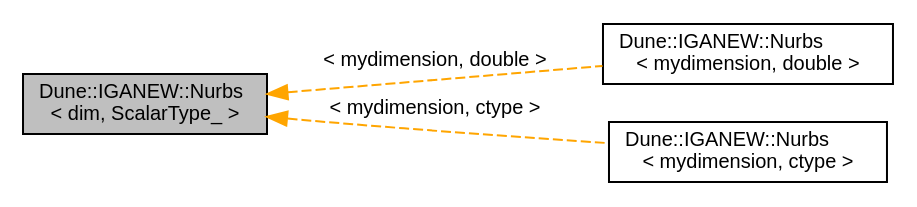
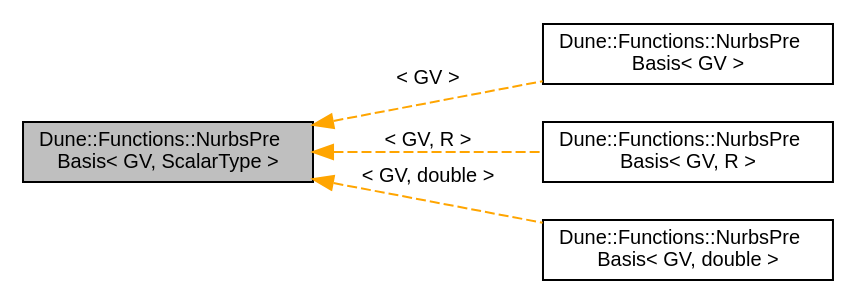
One commit to rath3t/dune-iga-doc changed the diagram in d3/de1/a01111.dot. Above: the diagram before and after it, drawn with Graphviz. The commit also changed 602 other files, not shown here.

```diff
--- a/d3/de1/a01111.dot
+++ b/d3/de1/a01111.dot
@@ -1,12 +1,14 @@
-digraph "Dune::IGANEW::Nurbs&lt; dim, ScalarType_ &gt;"
+digraph "Dune::Functions::NurbsPreBasis&lt; GV, ScalarType &gt;"
 {
  // LATEX_PDF_SIZE
   edge [fontname="Helvetica",fontsize="10",labelfontname="Helvetica",labelfontsize="10"];
   node [fontname="Helvetica",fontsize="10",shape=record];
   rankdir="LR";
-  Node1 [label="Dune::IGANEW::Nurbs\l\< dim, ScalarType_ \>",height=0.2,width=0.4,color="black", fillcolor="grey75", style="filled", fontcolor="black",tooltip="A dim dimensional NURBS function."];
-  Node1 -> Node2 [dir="back",color="orange",fontsize="10",style="dashed",label=" \< mydimension, double \>" ,fontname="Helvetica"];
-  Node2 [label="Dune::IGANEW::Nurbs\l\< mydimension, double \>",height=0.2,width=0.4,color="black", fillcolor="white", style="filled",URL="$d0/d39/a01112.html",tooltip=" "];
-  Node1 -> Node3 [dir="back",color="orange",fontsize="10",style="dashed",label=" \< mydimension, ctype \>" ,fontname="Helvetica"];
-  Node3 [label="Dune::IGANEW::Nurbs\l\< mydimension, ctype \>",height=0.2,width=0.4,color="black", fillcolor="white", style="filled",URL="$d0/d39/a01112.html",tooltip=" "];
+  Node1 [label="Dune::Functions::NurbsPre\lBasis\< GV, ScalarType \>",height=0.2,width=0.4,color="black", fillcolor="grey75", style="filled", fontcolor="black",tooltip="Pre-basis for B-spline basis."];
+  Node1 -> Node2 [dir="back",color="orange",fontsize="10",style="dashed",label=" \< GV \>" ,fontname="Helvetica"];
+  Node2 [label="Dune::Functions::NurbsPre\lBasis\< GV \>",height=0.2,width=0.4,color="black", fillcolor="white", style="filled",URL="$d0/d39/a01112.html",tooltip=" "];
+  Node1 -> Node3 [dir="back",color="orange",fontsize="10",style="dashed",label=" \< GV, R \>" ,fontname="Helvetica"];
+  Node3 [label="Dune::Functions::NurbsPre\lBasis\< GV, R \>",height=0.2,width=0.4,color="black", fillcolor="white", style="filled",URL="$d0/d39/a01112.html",tooltip=" "];
+  Node1 -> Node4 [dir="back",color="orange",fontsize="10",style="dashed",label=" \< GV, double \>" ,fontname="Helvetica"];
+  Node4 [label="Dune::Functions::NurbsPre\lBasis\< GV, double \>",height=0.2,width=0.4,color="black", fillcolor="white", style="filled",URL="$d0/d39/a01112.html",tooltip=" "];
 }
```
